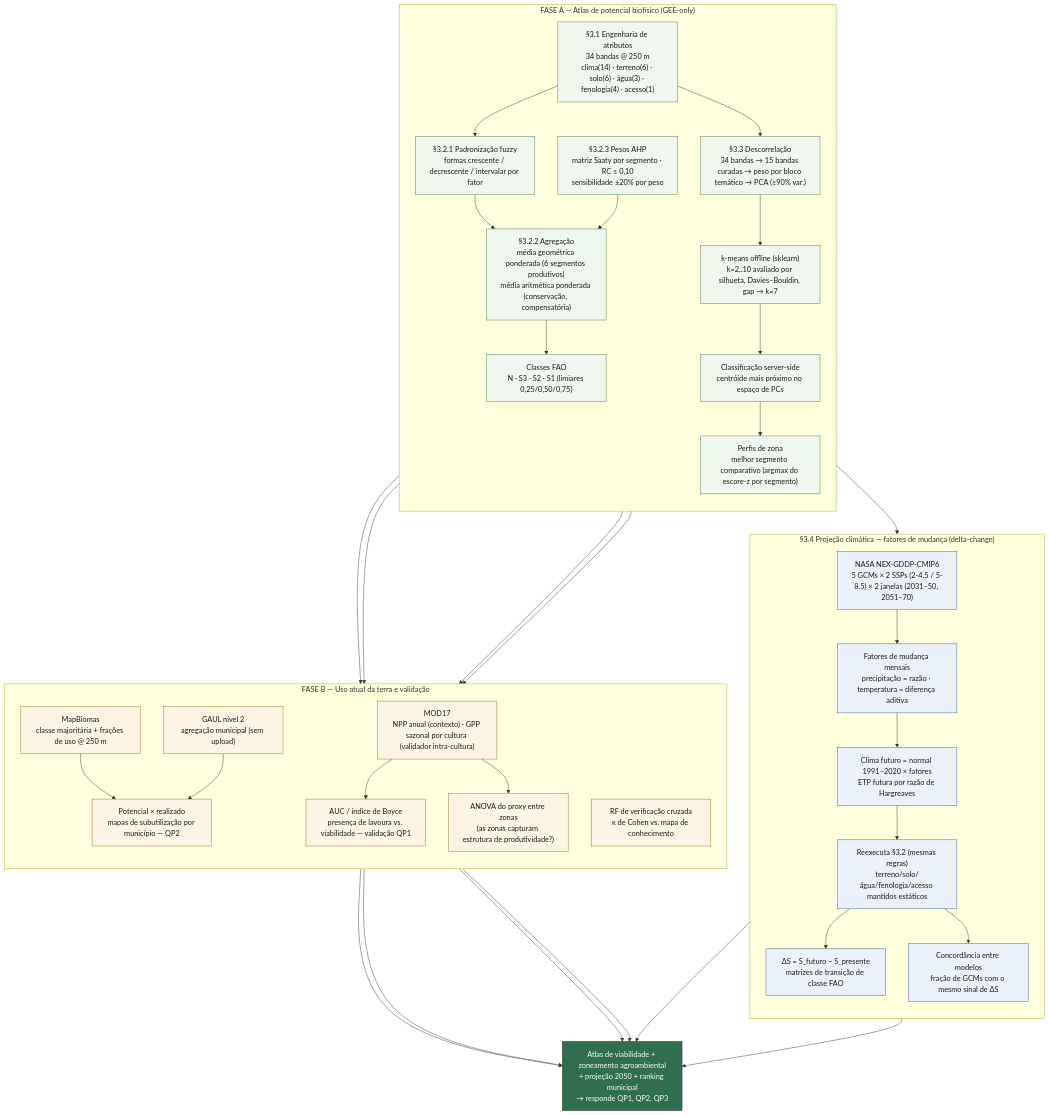
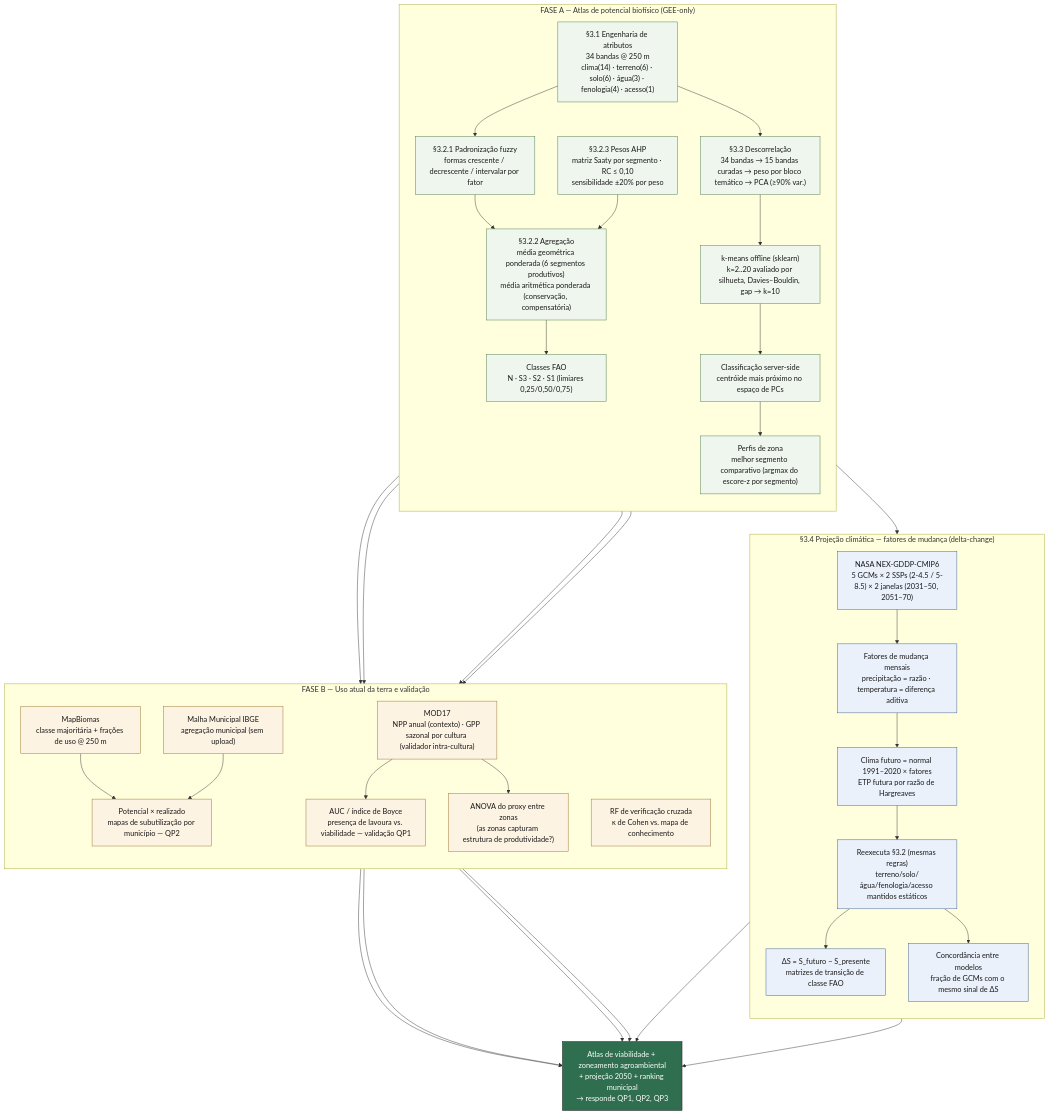
One commit to ahxsahxs/goias_suitability changed the second of 3 diagrams in docs/metodologia_diagrama.md. Above: the diagram before and after it, drawn with Mermaid. The commit also changed other lines of this file and 4 other files, not shown here.

````diff
--- a/docs/metodologia_diagrama.md
+++ b/docs/metodologia_diagrama.md
@@ -52,73 +53,73 @@
 ```mermaid
 flowchart TD
     subgraph FaseA["FASE A — Atlas de potencial biofísico (GEE-only)"]
         direction TB
         A1["§3.1 Engenharia de atributos<br/>34 bandas @ 250 m<br/>clima(14) · terreno(6) · solo(6) · água(3) · fenologia(4) · acesso(1)"]
         A2["§3.2.1 Padronização fuzzy<br/>formas crescente / decrescente / intervalar por fator"]
         A5["§3.2.3 Pesos AHP<br/>matriz Saaty por segmento · RC ≤ 0,10<br/>sensibilidade ±20% por peso"]
         A3["§3.2.2 Agregação<br/>média geométrica ponderada (6 segmentos produtivos)<br/>média aritmética ponderada (conservação, compensatória)"]
         A4["Classes FAO<br/>N · S3 · S2 · S1 (limiares 0,25/0,50/0,75)"]
 
         A6["§3.3 Descorrelação<br/>34 bandas → 15 bandas curadas → peso por bloco temático → PCA (≥90% var.)"]
-        A7["k-means offline (sklearn)<br/>k=2..10 avaliado por silhueta, Davies–Bouldin, gap → k=7"]
+        A7["k-means offline (sklearn)<br/>k=2..20 avaliado por silhueta, Davies–Bouldin, gap → k=10"]
         A8["Classificação server-side<br/>centróide mais próximo no espaço de PCs"]
         A9["Perfis de zona<br/>melhor segmento comparativo (argmax do escore-z por segmento)"]
 
         A1 --> A2 --> A3 --> A4
         A5 --> A3
         A1 --> A6 --> A7 --> A8 --> A9
     end
 
     subgraph CMIP6["§3.4 Projeção climática — fatores de mudança (delta-change)"]
         direction TB
         C1["NASA NEX-GDDP-CMIP6<br/>5 GCMs × 2 SSPs (2-4.5 / 5-8.5) × 2 janelas (2031–50, 2051–70)"]
         C2["Fatores de mudança mensais<br/>precipitação = razão · temperatura = diferença aditiva"]
         C3["Clima futuro = normal 1991–2020 × fatores<br/>ETP futura por razão de Hargreaves"]
         C4["Reexecuta §3.2 (mesmas regras)<br/>terreno/solo/água/fenologia/acesso mantidos estáticos"]
         C5["ΔS = S_futuro − S_presente<br/>matrizes de transição de classe FAO"]
         C6["Concordância entre modelos<br/>fração de GCMs com o mesmo sinal de ΔS"]
 
         C1 --> C2 --> C3 --> C4 --> C5
         C4 --> C6
     end
 
     subgraph FaseB["FASE B — Uso atual da terra e validação"]
         direction TB
         B1["MapBiomas<br/>classe majoritária + frações de uso @ 250 m"]
-        B2["GAUL nível 2<br/>agregação municipal (sem upload)"]
+        B2["Malha Municipal IBGE<br/>agregação municipal (sem upload)"]
         B3["MOD17<br/>NPP anual (contexto) · GPP sazonal por cultura (validador intra-cultura)"]
         B4["Potencial × realizado<br/>mapas de subutilização por município — QP2"]
         B5["AUC / índice de Boyce<br/>presença de lavoura vs. viabilidade — validação QP1"]
         B6["RF de verificação cruzada<br/>κ de Cohen vs. mapa de conhecimento"]
         B7["ANOVA do proxy entre zonas<br/>(as zonas capturam estrutura de produtividade?)"]
 
         B1 --> B4
         B2 --> B4
         B3 --> B5
         B3 --> B7
     end
 
     A4 --> B5
     A4 --> B6
     A4 --> C4
     A9 --> B4
     A9 --> B7
 
     C5 --> Out
     C6 --> Out
     B4 --> Out
     B5 --> Out
     B6 --> Out
     B7 --> Out
 
     Out["Atlas de viabilidade + zoneamento agroambiental<br/>+ projeção 2050 + ranking municipal<br/>→ responde QP1, QP2, QP3"]
 
     classDef faseA fill:#eef6ee,stroke:#4a7a4a,color:#1a1a1a;
     classDef cmip fill:#eaf1fb,stroke:#3a5f8a,color:#1a1a1a;
     classDef faseB fill:#fdf3e3,stroke:#9a6f2a,color:#1a1a1a;
     classDef output fill:#2f6f4f,stroke:#1a1a1a,color:#ffffff;
     class A1,A2,A3,A4,A5,A6,A7,A8,A9 faseA;
     class C1,C2,C3,C4,C5,C6 cmip;
     class B1,B2,B3,B4,B5,B6,B7 faseB;
     class Out output;
 ```
````
